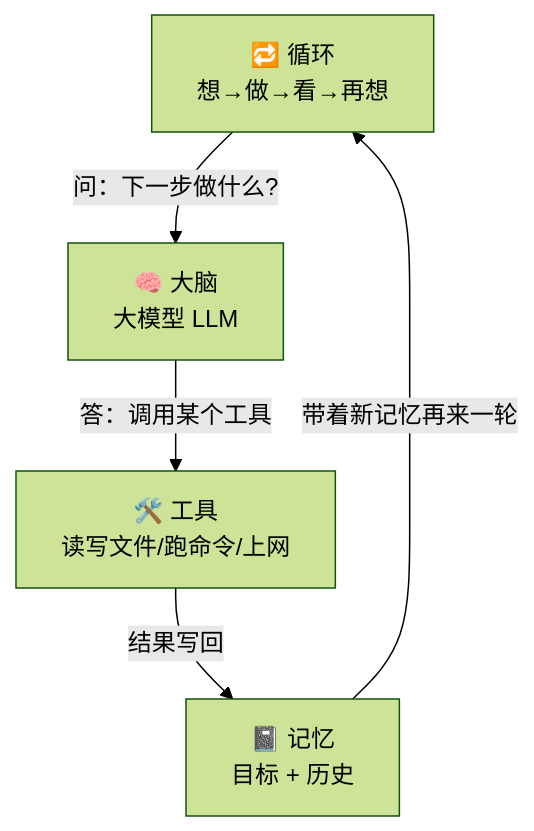
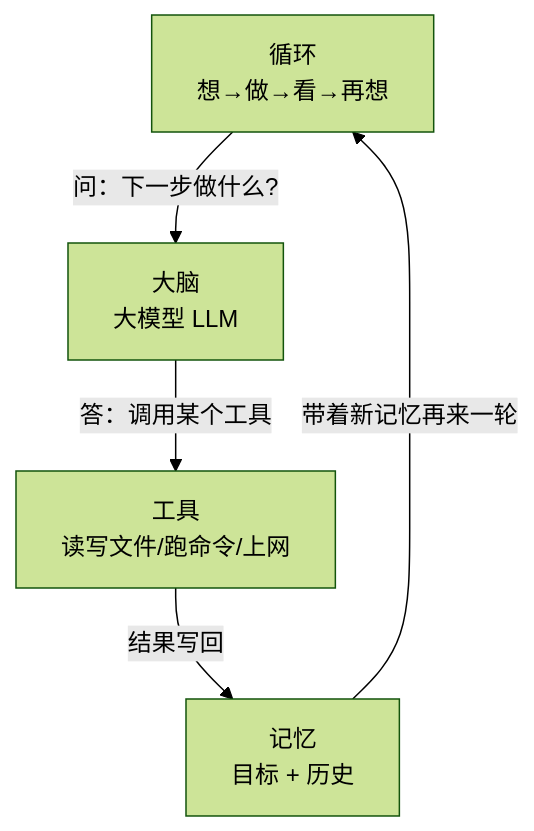
Before and after one commit to luckykhy/KhyAiHub: the second of 5 diagrams in docs/02_CONCEPTS_概念入门/CONCEPT/[CONCEPT-01] 什么是Agent-智能体.md, drawn with Mermaid (forest theme). The commit also changed other lines of this file and 19 other files, not shown here.

````diff
--- a/docs/02_CONCEPTS_概念入门/CONCEPT/[CONCEPT-01] 什么是Agent-智能体.md
+++ b/docs/02_CONCEPTS_概念入门/CONCEPT/[CONCEPT-01] 什么是Agent-智能体.md
@@ -100,11 +100,11 @@
 ```mermaid
 flowchart TB
-  LOOP["🔁 循环<br/>想→做→看→再想"]
-  LLM["🧠 大脑<br/>大模型 LLM"]
-  TOOL["🛠️ 工具<br/>读写文件/跑命令/上网"]
-  MEM["📓 记忆<br/>目标 + 历史"]
+  LOOP["循环<br/>想→做→看→再想"]
+  LLM["大脑<br/>大模型 LLM"]
+  TOOL["工具<br/>读写文件/跑命令/上网"]
+  MEM["记忆<br/>目标 + 历史"]
   LOOP -- "问：下一步做什么?" --> LLM
   LLM -- "答：调用某个工具" --> TOOL
   TOOL -- "结果写回" --> MEM
   MEM -- "带着新记忆再来一轮" --> LOOP
 ```
````
